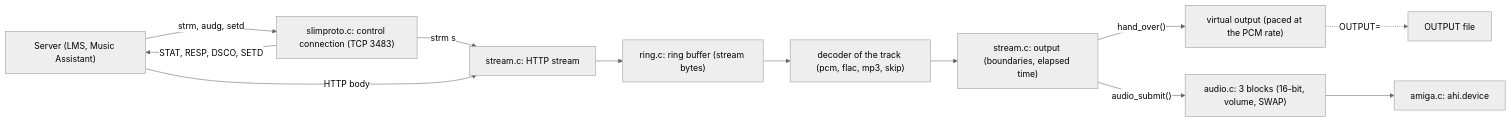
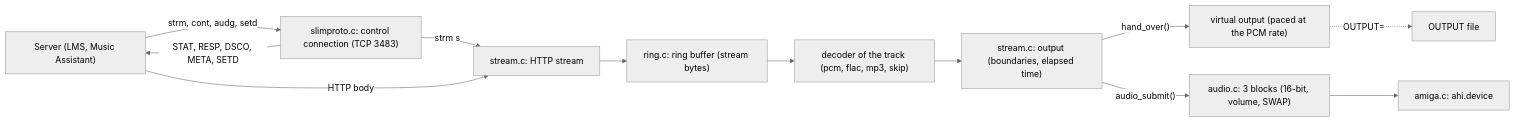
Before and after one commit to shadow38/amiga-network-music: the diagram in docs/development/architecture.md, drawn with Mermaid (neutral theme). The commit also changed other lines of this file and 12 other files, not shown here.

````diff
--- a/docs/development/architecture.md
+++ b/docs/development/architecture.md
@@ -57,22 +58,22 @@
 ```mermaid
 flowchart LR
     server["Server (LMS, Music Assistant)"]
     slim["slimproto.c: control connection (TCP 3483)"]
     http["stream.c: HTTP stream"]
     ring["ring.c: ring buffer (stream bytes)"]
     dec["decoder of the track (pcm, flac, mp3, skip)"]
     out["stream.c: output (boundaries, elapsed time)"]
     virt["virtual output (paced at the PCM rate)"]
     file["OUTPUT file"]
     blocks["audio.c: 3 blocks (16-bit, volume, SWAP)"]
     ahi["amiga.c: ahi.device"]
 
-    server -->|"strm, audg, setd"| slim
-    slim -->|"STAT, RESP, DSCO, SETD"| server
+    server -->|"strm, cont, audg, setd"| slim
+    slim -->|"STAT, RESP, DSCO, META, SETD"| server
     slim -->|"strm s"| http
     server -->|"HTTP body"| http
     http --> ring --> dec --> out
     out -->|"hand_over()"| virt
     virt -.->|"OUTPUT="| file
     out -->|"audio_submit()"| blocks --> ahi
 ```
````
